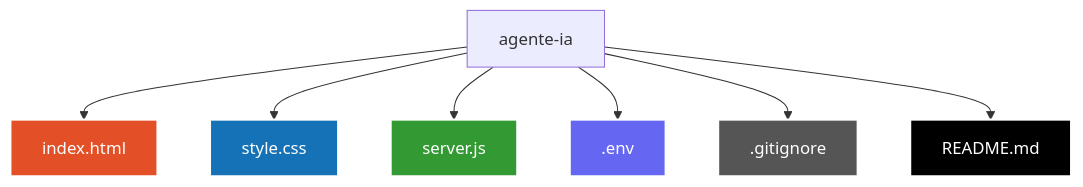
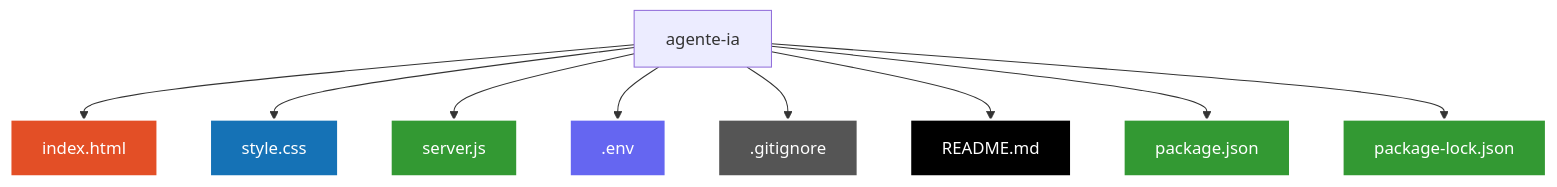
Before and after one commit to AliceSilva2012/agente-ia: the diagram in README.md, drawn with Mermaid.

Commit message:
Add package.json and package-lock.json to README

````diff
--- a/README.md
+++ b/README.md
@@ -89,16 +89,20 @@
 ```mermaid
 graph TD
     A[agente-ia] --> B[index.html]
     A --> C[style.css]
     A --> D[server.js]
     A --> E[.env]
     A --> F[.gitignore]
     A --> G[README.md]
+    A --> H[package.json]
+    A --> I[package-lock.json]
 
     style B fill:#e34f26,stroke:#fff,stroke-width:2px,color:#fff
     style C fill:#1572b6,stroke:#fff,stroke-width:2px,color:#fff
     style D fill:#339933,stroke:#fff,stroke-width:2px,color:#fff
     style E fill:#6566f1,stroke:#fff,stroke-width:2px,color:#fff
     style F fill:#555,stroke:#fff,stroke-width:2px,color:#fff
     style G fill:#000,stroke:#fff,stroke-width:2px,color:#fff
+    style H fill:#339933,stroke:#fff,stroke-width:2px,color:#fff
+    style I fill:#339933,stroke:#fff,stroke-width:2px,color:#fff
 ```
````
